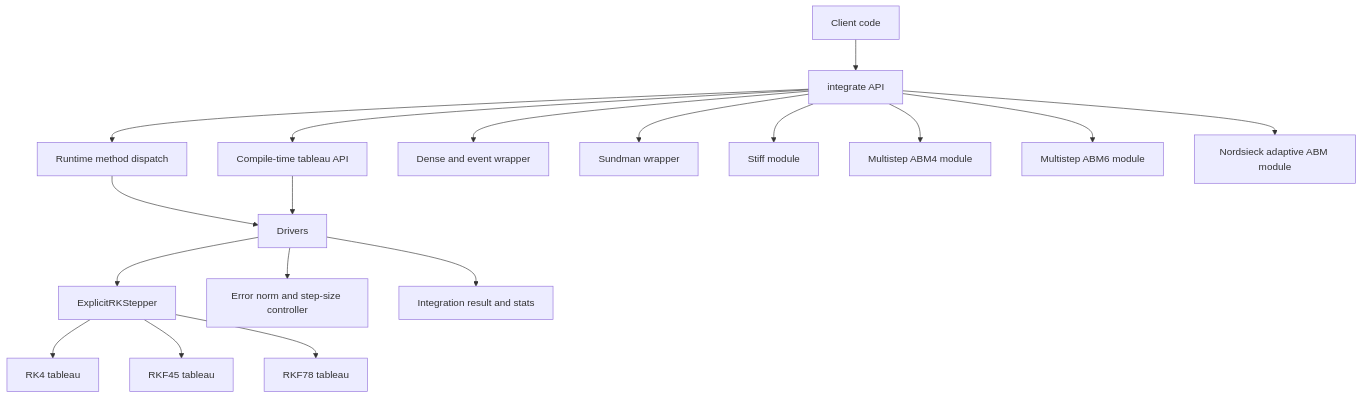
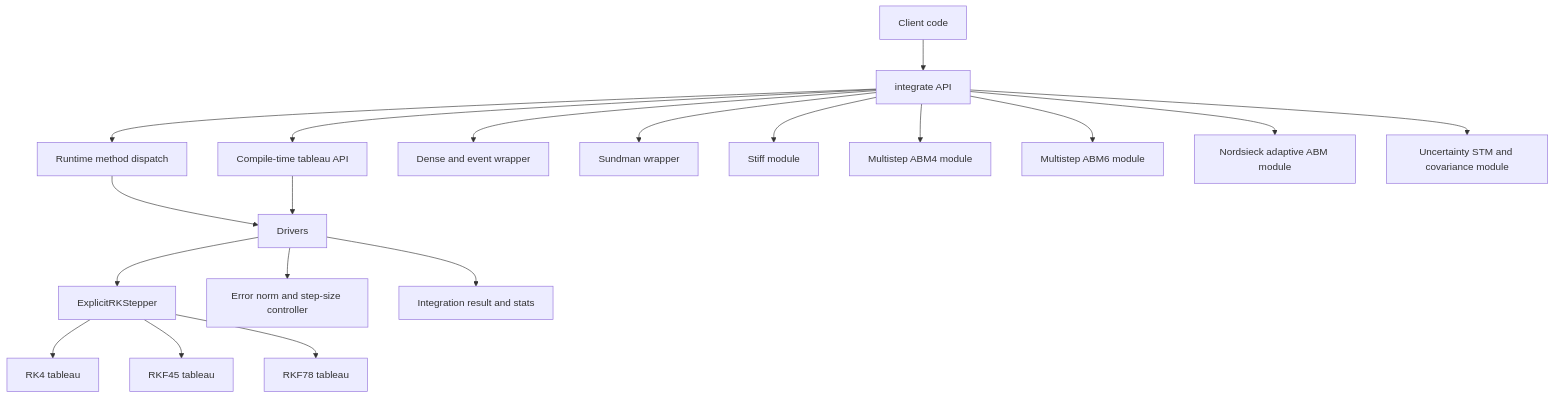
One commit to watsonryan/orbitIntegrator changed the diagram in README.md. Above: the diagram before and after it, drawn with Mermaid. The commit also changed other lines of this file, not shown here.

Commit message:
Document uncertainty propagation and AD Jacobian workflow

````diff
--- a/README.md
+++ b/README.md
@@ -19,20 +21,21 @@
 ```mermaid
 flowchart TD
   A[Client code] --> B[integrate API]
   B --> C[Runtime method dispatch]
   B --> D[Compile-time tableau API]
   C --> E[Drivers]
   D --> E
   E --> F[ExplicitRKStepper]
   F --> G[RK4 tableau]
   F --> H[RKF45 tableau]
   F --> I[RKF78 tableau]
   E --> J[Error norm and step-size controller]
   E --> K[Integration result and stats]
   B --> L[Dense and event wrapper]
   B --> M[Sundman wrapper]
   B --> N[Stiff module]
   B --> O[Multistep ABM4 module]
   B --> P[Multistep ABM6 module]
   B --> Q[Nordsieck adaptive ABM module]
+  B --> R[Uncertainty STM and covariance module]
 ```
````
